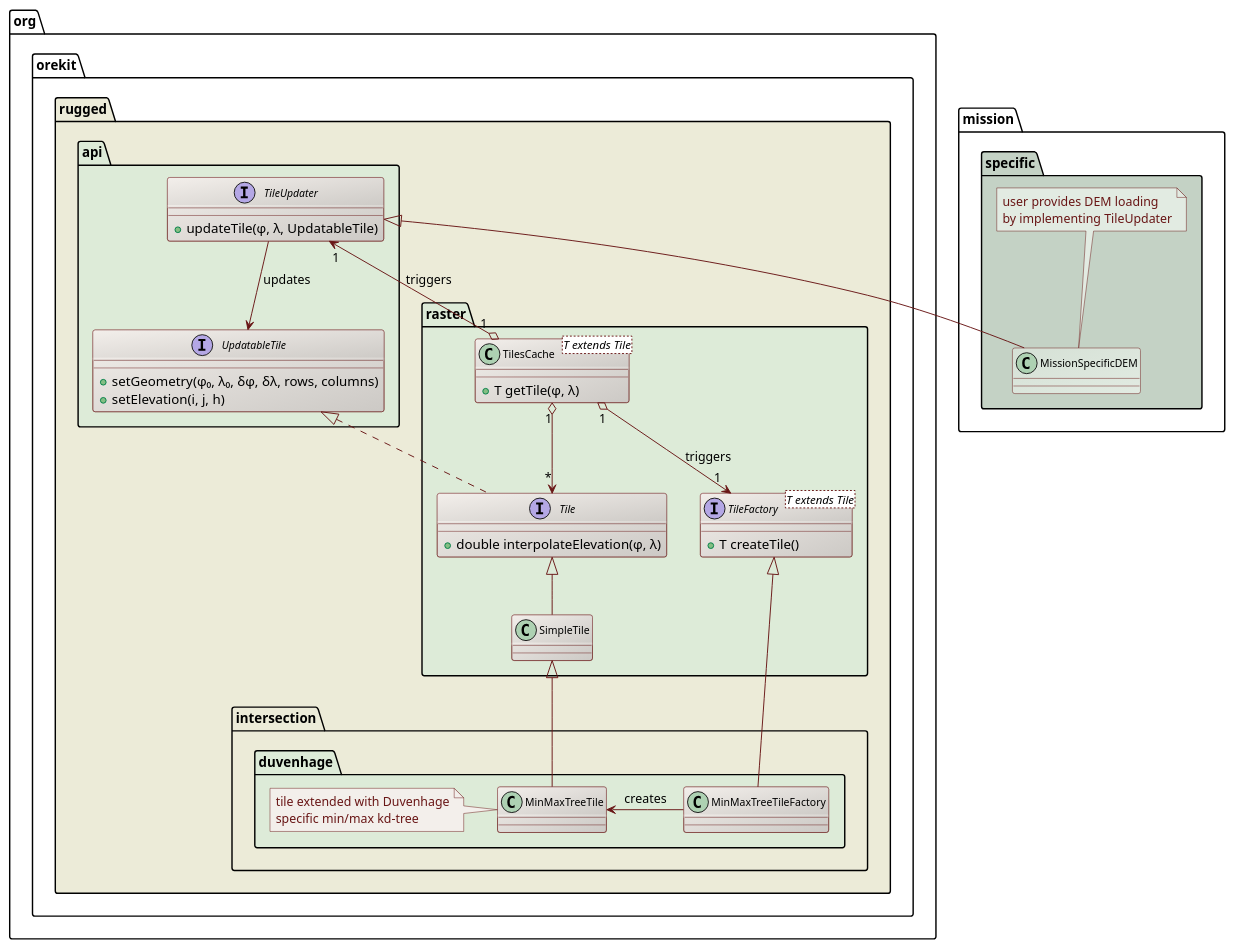
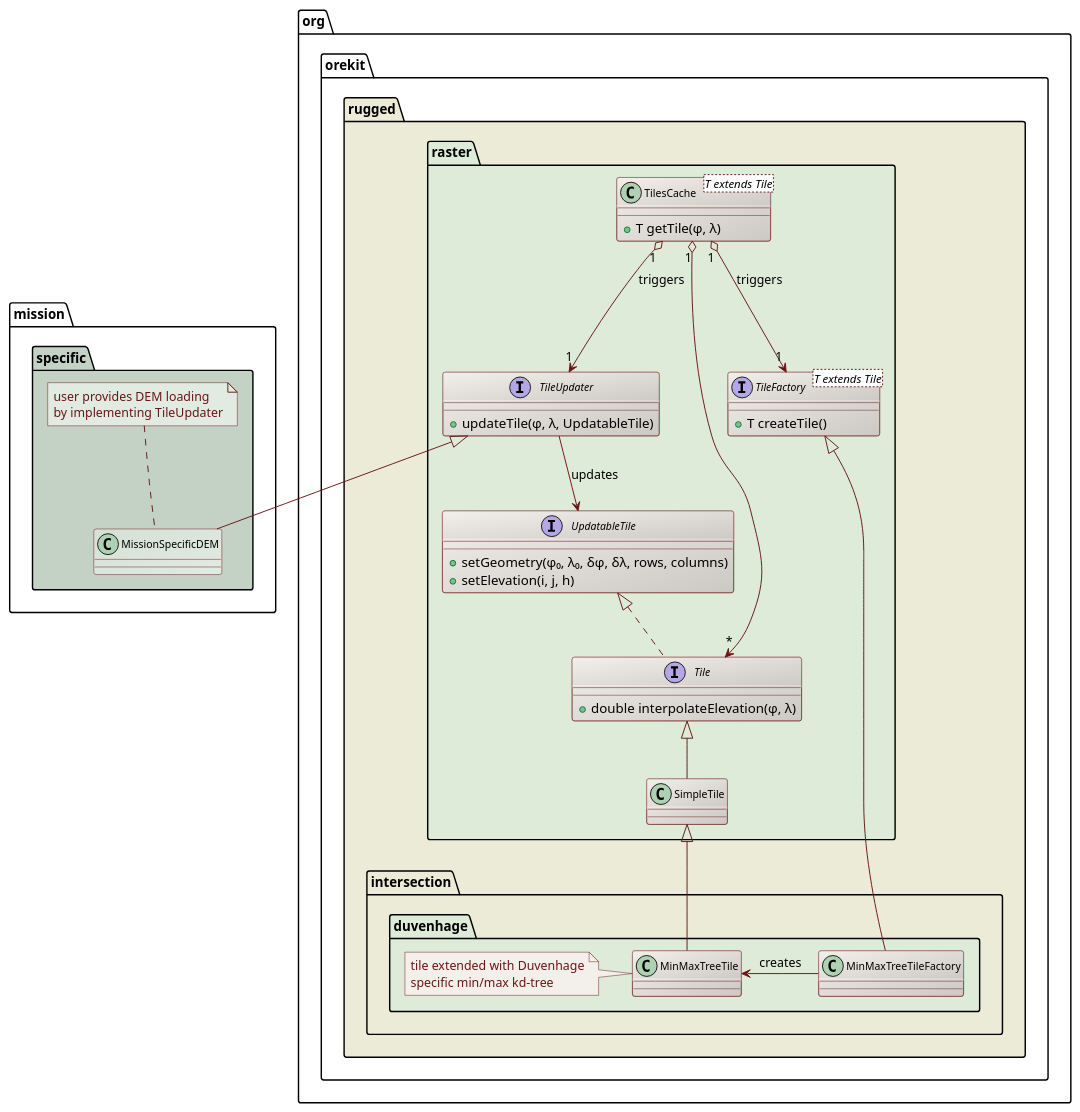
Before and after one commit to CS-SI/Rugged: the diagram in design/dem-loading-class-diagram.puml, drawn with PlantUML. The commit also changed 7 other files, not shown here.

Commit message:
Updated UML diagrams.

```diff
--- a/design/dem-loading-class-diagram.puml
+++ b/design/dem-loading-class-diagram.puml
@@ -17,63 +17,61 @@
 @startuml
 
   skinparam svek                  true
   skinparam ClassBackgroundColor  #F3EFEB/CCC9C5
   skinparam ClassArrowColor       #691616
   skinparam ClassBorderColor      #691616
   skinparam NoteBackgroundColor   #F3EFEB
   skinparam NoteBorderColor       #691616
   skinparam NoteFontColor         #691616
   skinparam ClassFontSize         11
 
   package org.orekit.rugged #ECEBD8 {
 
-    package api #DDEBD8 {
+    package raster #DDEBD8 {
       interface UpdatableTile {
         +setGeometry(φ₀, λ₀, δφ, δλ, rows, columns)
         +setElevation(i, j, h)
       }
       interface TileUpdater {
         +updateTile(φ, λ, UpdatableTile)
       }
       TileUpdater --> UpdatableTile : updates
-    }
 
-    package raster #DDEBD8 {
       interface "TileFactory<T extends Tile>" as TileFactory_T_ {
         +T createTile()
       }
       class "TilesCache<T extends Tile>" as TilesCache_T_ {
         + T getTile(φ, λ)
       }
       interface Tile {
         + double interpolateElevation(φ, λ)
       }
       UpdatableTile <|.. Tile
       Tile <|-- SimpleTile
       TilesCache_T_ "1" o--> "*" Tile
       TilesCache_T_  "1" o--> "1" TileUpdater : triggers
       TilesCache_T_ "1" o--> "1" TileFactory_T_ : triggers
     }
 
     package intersection.duvenhage #DDEBD8 {
       TileFactory_T_ <|-- MinMaxTreeTileFactory
       SimpleTile     <|-- MinMaxTreeTile
       MinMaxTreeTileFactory  -left-> MinMaxTreeTile : creates
       note left
         tile extended with Duvenhage
         specific min/max kd-tree
       end note
     }
 
   }
 
   package mission.specific #C4D2C5 {
     class MissionSpecificDEM #D5E0D5/E2EBE2
     TileUpdater <|-- MissionSpecificDEM
     note top #E2EBE2
       user provides DEM loading
       by implementing TileUpdater
     end note
   }
 
 @enduml
```
